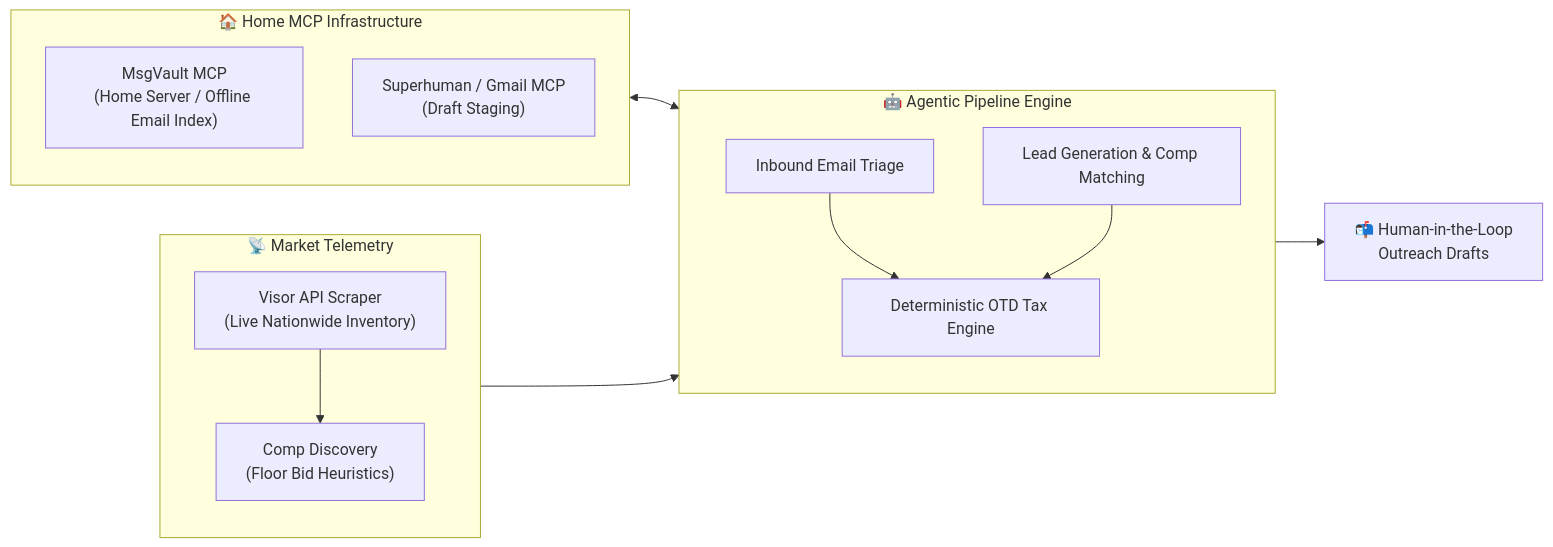
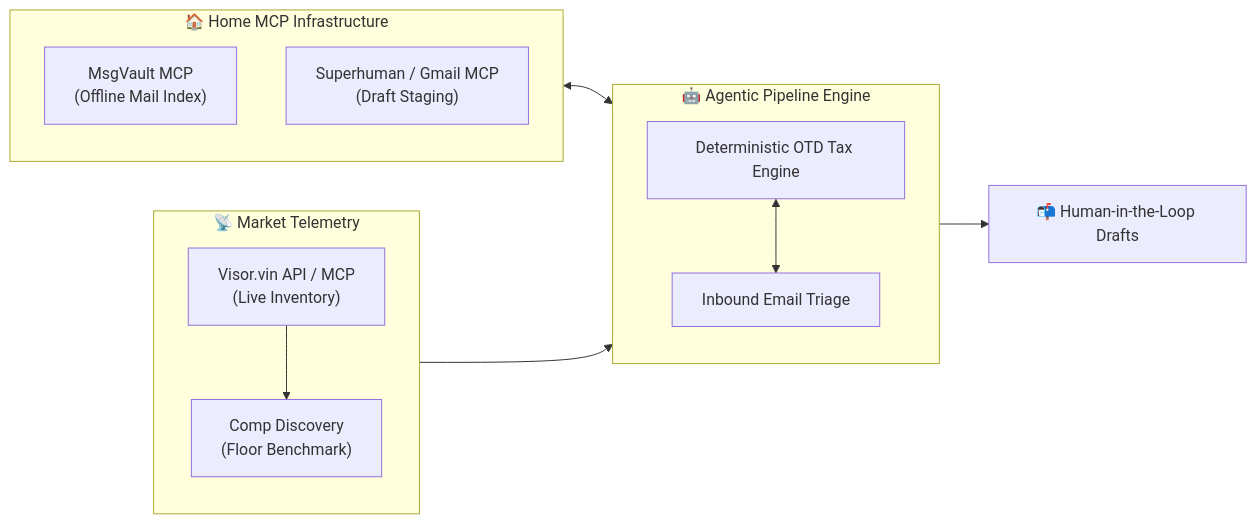
The diagram in blog-applied-home-ml-iot/2026-10-04-agentic-car-buying.md (NickJLange/5l-labs.com), drawn with Mermaid before and after one commit. The commit also changed other lines of this file, not shown here.

````diff
--- a/blog-applied-home-ml-iot/2026-10-04-agentic-car-buying.md
+++ b/blog-applied-home-ml-iot/2026-10-04-agentic-car-buying.md
@@ -15,25 +17,20 @@
 ```mermaid
 flowchart LR
     subgraph HomeOps["🏠 Home MCP Infrastructure"]
-        MV["MsgVault MCP\n(Home Server / Offline Email Index)"]
+        MV["MsgVault MCP\n(Offline Mail Index)"]
         SH["Superhuman / Gmail MCP\n(Draft Staging)"]
     end
-
     subgraph Telemetry["📡 Market Telemetry"]
-        VISOR["Visor API Scraper\n(Live Nationwide Inventory)"]
-        COMP["Comp Discovery\n(Floor Bid Heuristics)"]
+        VISOR["Visor.vin API / MCP\n(Live Inventory)"]
+        COMP["Comp Discovery\n(Floor Benchmark)"]
         VISOR --> COMP
     end
-
     subgraph Agent["🤖 Agentic Pipeline Engine"]
+        OTD["Deterministic OTD Tax Engine"]
         TRIAGE["Inbound Email Triage"]
-        SCOUT["Lead Generation & Comp Matching"]
-        OTD["Deterministic OTD Tax Engine"]
-        TRIAGE --> OTD
-        SCOUT --> OTD
+        OTD <--> TRIAGE
     end
-
     HomeOps <--> Agent
     Telemetry --> Agent
-    Agent --> DRAFTS["📬 Human-in-the-Loop\nOutreach Drafts"]
+    Agent --> DRAFTS["📬 Human-in-the-Loop Drafts"]
 ```
````
